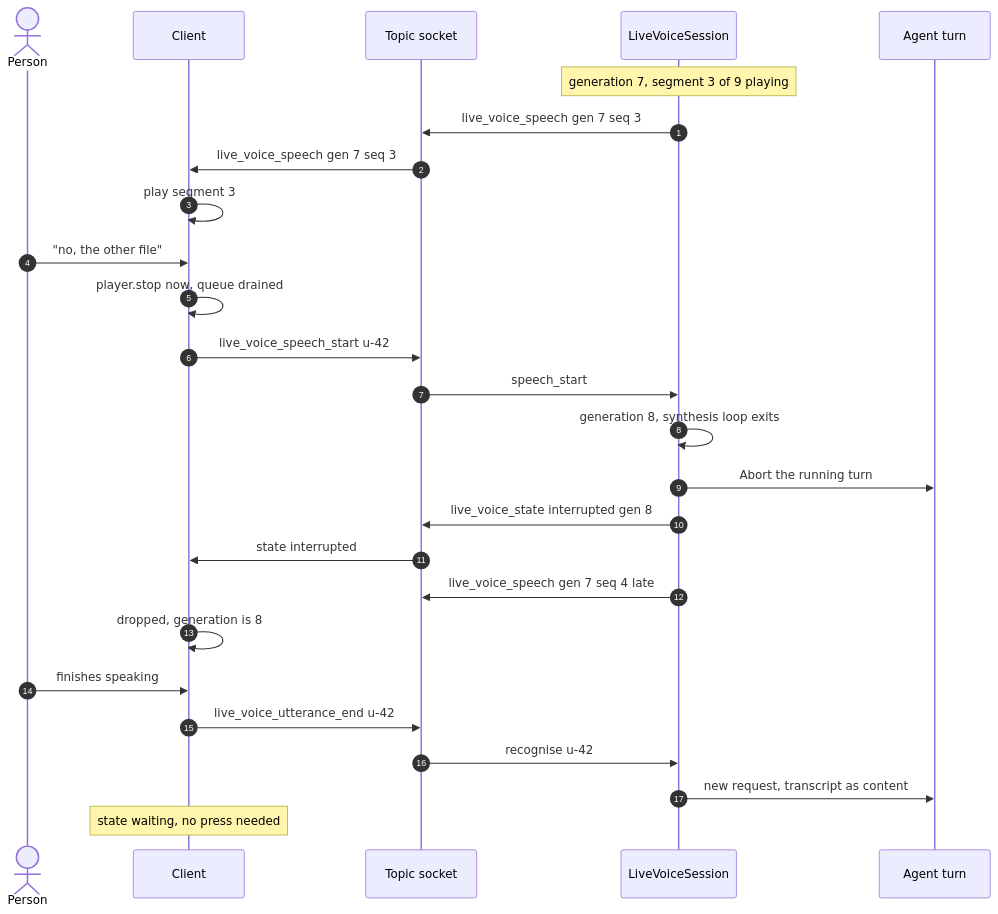
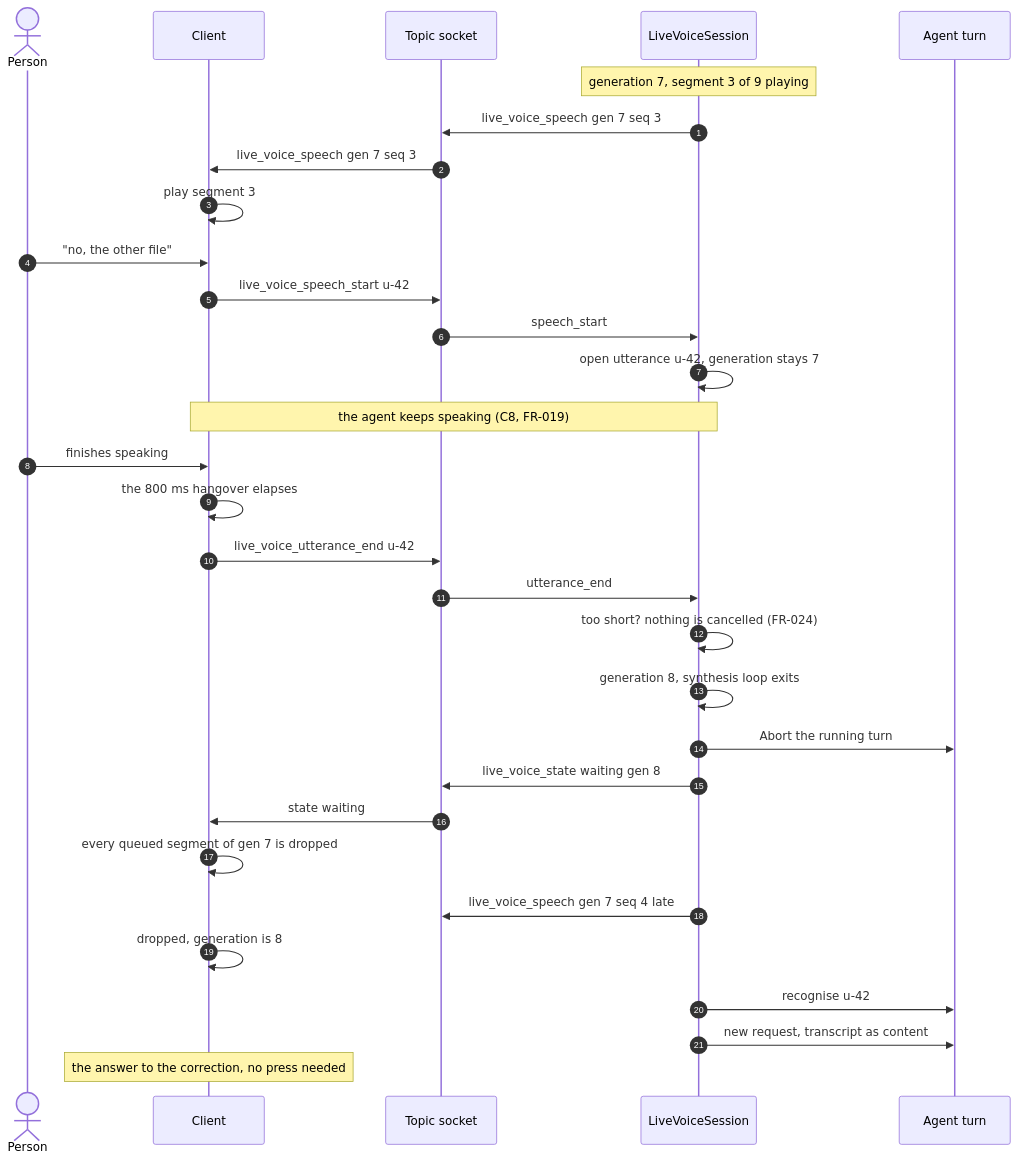
One commit to vizier-lab/vizier changed the third of 4 diagrams in specs/055-live-voice/architecture.md. Above: the diagram before and after it, drawn with Mermaid. The commit also changed other lines of this file, not shown here.

First line of the commit message:
docs(055): the architecture follows C8 and the call screen, not the retired bar

````diff
--- a/specs/055-live-voice/architecture.md
+++ b/specs/055-live-voice/architecture.md
@@ -182,28 +182,33 @@
 ```mermaid
 sequenceDiagram
     autonumber
     actor P as Person
     participant C as Client
     participant S as Topic socket
     participant L as LiveVoiceSession
     participant T as Agent turn
     Note over L: generation 7, segment 3 of 9 playing
     L->>S: live_voice_speech gen 7 seq 3
     S->>C: live_voice_speech gen 7 seq 3
     C->>C: play segment 3
     P->>C: "no, the other file"
-    C->>C: player.stop now, queue drained
     C->>S: live_voice_speech_start u-42
     S->>L: speech_start
+    L->>L: open utterance u-42, generation stays 7
+    Note over L,C: the agent keeps speaking (C8, FR-019)
+    P->>C: finishes speaking
+    C->>C: the 800 ms hangover elapses
+    C->>S: live_voice_utterance_end u-42
+    S->>L: utterance_end
+    L->>L: too short? nothing is cancelled (FR-024)
     L->>L: generation 8, synthesis loop exits
     L->>T: Abort the running turn
-    L->>S: live_voice_state interrupted gen 8
-    S->>C: state interrupted
+    L->>S: live_voice_state waiting gen 8
+    S->>C: state waiting
+    C->>C: every queued segment of gen 7 is dropped
     L->>S: live_voice_speech gen 7 seq 4 late
     C->>C: dropped, generation is 8
-    P->>C: finishes speaking
-    C->>S: live_voice_utterance_end u-42
-    S->>L: recognise u-42
+    L->>T: recognise u-42
     L->>T: new request, transcript as content
-    Note over C: state waiting, no press needed
+    Note over C: the answer to the correction, no press needed
 ```
````
